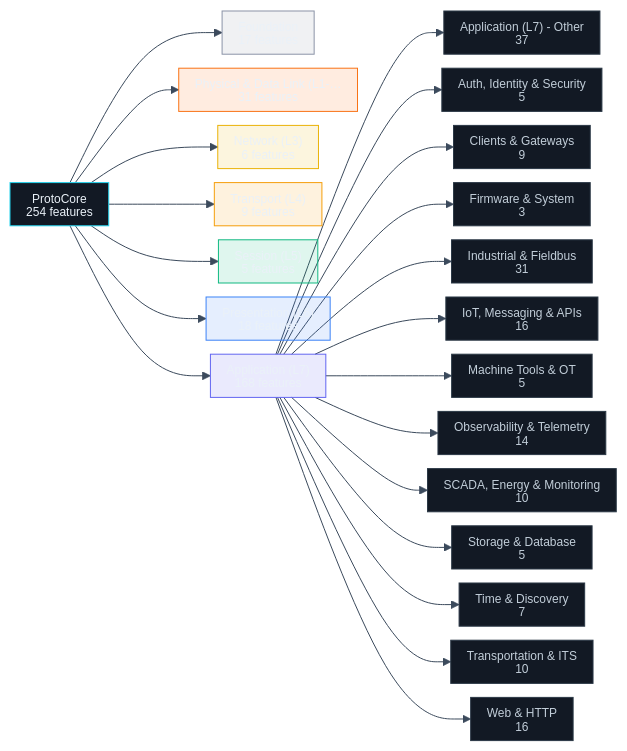
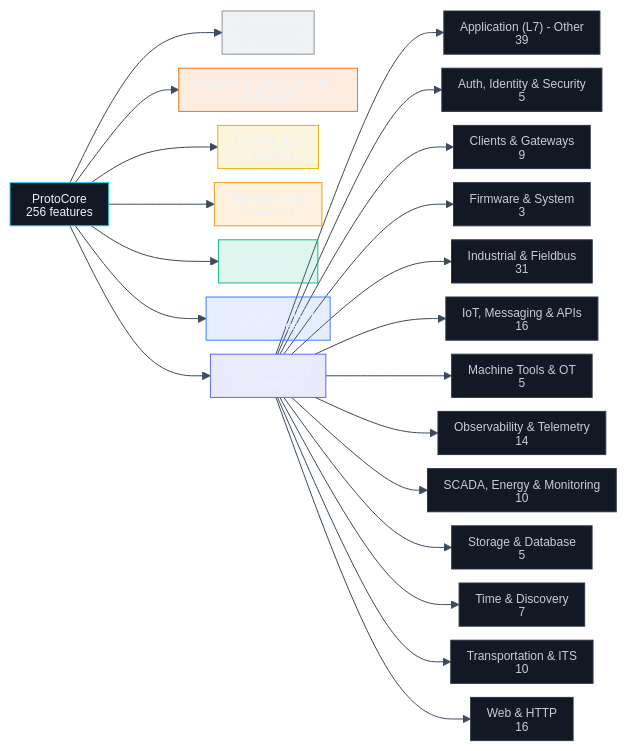
The diagram in docs/diagrams/features_map.mmd (dstroy0/DeterministicESPAsyncWebServer), drawn with Mermaid before and after one commit. The commit also changed 7 other files, not shown here.

```diff
--- a/docs/diagrams/features_map.mmd
+++ b/docs/diagrams/features_map.mmd
@@ -1,86 +1,86 @@
 %%{init: {'htmlLabels':false,'themeVariables':{'fontFamily':'monospace','fontSize':'12px','lineColor':'#3b4a5c'},'flowchart':{'curve':'basis','nodeSpacing':14,'rankSpacing':70,'padding':8,'useMaxWidth':true,'htmlLabels':false}}}%%
 flowchart LR
   %% Auto-generated from docs/FEATURES.md by ci_tooling/generate/gen_features_tree.py.
-  n_root["ProtoCore                 <br/>254 features              "]
+  n_root["ProtoCore                 <br/>256 features              "]
   n_Foundation["Foundation                <br/>17 features               "]
   n_root --> n_Foundation
   n_Physical___Data_Link__L1_L2_["Physical & Data Link (L1-…<br/>31 features               "]
   n_root --> n_Physical___Data_Link__L1_L2_
   n_Network__L3_["Network (L3)              <br/>6 features                "]
   n_root --> n_Network__L3_
   n_Transport__L4_["Transport (L4)            <br/>9 features                "]
   n_root --> n_Transport__L4_
   n_Session__L5_["Session (L5)              <br/>5 features                "]
   n_root --> n_Session__L5_
   n_Presentation__L6_["Presentation (L6)         <br/>18 features               "]
   n_root --> n_Presentation__L6_
-  n_Application__L7_["Application (L7)          <br/>168 features              "]
+  n_Application__L7_["Application (L7)          <br/>170 features              "]
   n_root --> n_Application__L7_
-  n_Application__L7____Other["Application (L7) - Other  <br/>37                        "]
+  n_Application__L7____Other["Application (L7) - Other  <br/>39                        "]
   n_Application__L7_ --> n_Application__L7____Other
   n_Auth__Identity___Security["Auth, Identity & Security <br/>5                         "]
   n_Application__L7_ --> n_Auth__Identity___Security
   n_Clients___Gateways["Clients & Gateways        <br/>9                         "]
   n_Application__L7_ --> n_Clients___Gateways
   n_Firmware___System["Firmware & System         <br/>3                         "]
   n_Application__L7_ --> n_Firmware___System
   n_Industrial___Fieldbus["Industrial & Fieldbus     <br/>31                        "]
   n_Application__L7_ --> n_Industrial___Fieldbus
   n_IoT__Messaging___APIs["IoT, Messaging & APIs     <br/>16                        "]
   n_Application__L7_ --> n_IoT__Messaging___APIs
   n_Machine_Tools___OT["Machine Tools & OT        <br/>5                         "]
   n_Application__L7_ --> n_Machine_Tools___OT
   n_Observability___Telemetry["Observability & Telemetry <br/>14                        "]
   n_Application__L7_ --> n_Observability___Telemetry
   n_SCADA__Energy___Monitoring["SCADA, Energy & Monitoring<br/>10                        "]
   n_Application__L7_ --> n_SCADA__Energy___Monitoring
   n_Storage___Database["Storage & Database        <br/>5                         "]
   n_Application__L7_ --> n_Storage___Database
   n_Time___Discovery["Time & Discovery          <br/>7                         "]
   n_Application__L7_ --> n_Time___Discovery
   n_Transportation___ITS["Transportation & ITS      <br/>10                        "]
   n_Application__L7_ --> n_Transportation___ITS
   n_Web___HTTP["Web & HTTP                <br/>16                        "]
   n_Application__L7_ --> n_Web___HTTP
 
   click n_Foundation "features.html#foundation" "Foundation"
   click n_Physical___Data_Link__L1_L2_ "features.html#physical--data-link-l1-l2" "Physical & Data Link (L1-L2)"
   click n_Network__L3_ "features.html#network-l3" "Network (L3)"
   click n_Transport__L4_ "features.html#transport-l4" "Transport (L4)"
   click n_Session__L5_ "features.html#session-l5" "Session (L5)"
   click n_Presentation__L6_ "features.html#presentation-l6" "Presentation (L6)"
-  click n_Application__L7____Other "features.html#application-l7---other" "Application (L7) - Other - 37 features"
+  click n_Application__L7____Other "features.html#application-l7---other" "Application (L7) - Other - 39 features"
   click n_Auth__Identity___Security "features.html#auth-identity--security" "Auth, Identity & Security - 5 features"
   click n_Clients___Gateways "features.html#clients--gateways" "Clients & Gateways - 9 features"
   click n_Firmware___System "features.html#firmware--system" "Firmware & System - 3 features"
   click n_Industrial___Fieldbus "features.html#industrial--fieldbus" "Industrial & Fieldbus - 31 features"
   click n_IoT__Messaging___APIs "features.html#iot-messaging--apis" "IoT, Messaging & APIs - 16 features"
   click n_Machine_Tools___OT "features.html#machine-tools--ot" "Machine Tools & OT - 5 features"
   click n_Observability___Telemetry "features.html#observability--telemetry" "Observability & Telemetry - 14 features"
   click n_SCADA__Energy___Monitoring "features.html#scada-energy--monitoring" "SCADA, Energy & Monitoring - 10 features"
   click n_Storage___Database "features.html#storage--database" "Storage & Database - 5 features"
   click n_Time___Discovery "features.html#time--discovery" "Time & Discovery - 7 features"
   click n_Transportation___ITS "features.html#transportation--its" "Transportation & ITS - 10 features"
   click n_Web___HTTP "features.html#web--http" "Web & HTTP - 16 features"
 
   style n_root fill:#121924,stroke:#22d3ee,color:#eaf1f8
   style n_Foundation fill:#8b93a722,stroke:#8b93a7,color:#eaf1f8
   style n_Physical___Data_Link__L1_L2_ fill:#f9731622,stroke:#f97316,color:#eaf1f8
   style n_Network__L3_ fill:#eab30822,stroke:#eab308,color:#eaf1f8
   style n_Transport__L4_ fill:#f59e0b22,stroke:#f59e0b,color:#eaf1f8
   style n_Session__L5_ fill:#10b98122,stroke:#10b981,color:#eaf1f8
   style n_Presentation__L6_ fill:#3b82f622,stroke:#3b82f6,color:#eaf1f8
   style n_Application__L7_ fill:#6366f122,stroke:#6366f1,color:#eaf1f8
   style n_Application__L7____Other fill:#121924,stroke:#2b3846,color:#c2ced9
   style n_Auth__Identity___Security fill:#121924,stroke:#2b3846,color:#c2ced9
   style n_Clients___Gateways fill:#121924,stroke:#2b3846,color:#c2ced9
   style n_Firmware___System fill:#121924,stroke:#2b3846,color:#c2ced9
   style n_Industrial___Fieldbus fill:#121924,stroke:#2b3846,color:#c2ced9
   style n_IoT__Messaging___APIs fill:#121924,stroke:#2b3846,color:#c2ced9
   style n_Machine_Tools___OT fill:#121924,stroke:#2b3846,color:#c2ced9
   style n_Observability___Telemetry fill:#121924,stroke:#2b3846,color:#c2ced9
   style n_SCADA__Energy___Monitoring fill:#121924,stroke:#2b3846,color:#c2ced9
   style n_Storage___Database fill:#121924,stroke:#2b3846,color:#c2ced9
   style n_Time___Discovery fill:#121924,stroke:#2b3846,color:#c2ced9
   style n_Transportation___ITS fill:#121924,stroke:#2b3846,color:#c2ced9
   style n_Web___HTTP fill:#121924,stroke:#2b3846,color:#c2ced9
```
